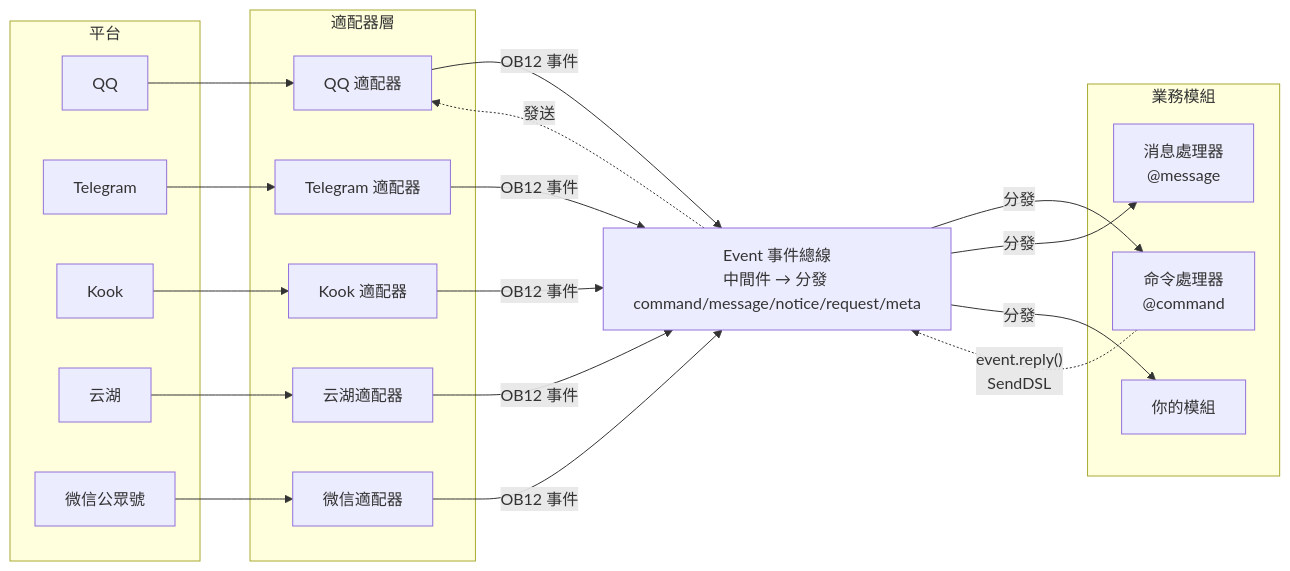
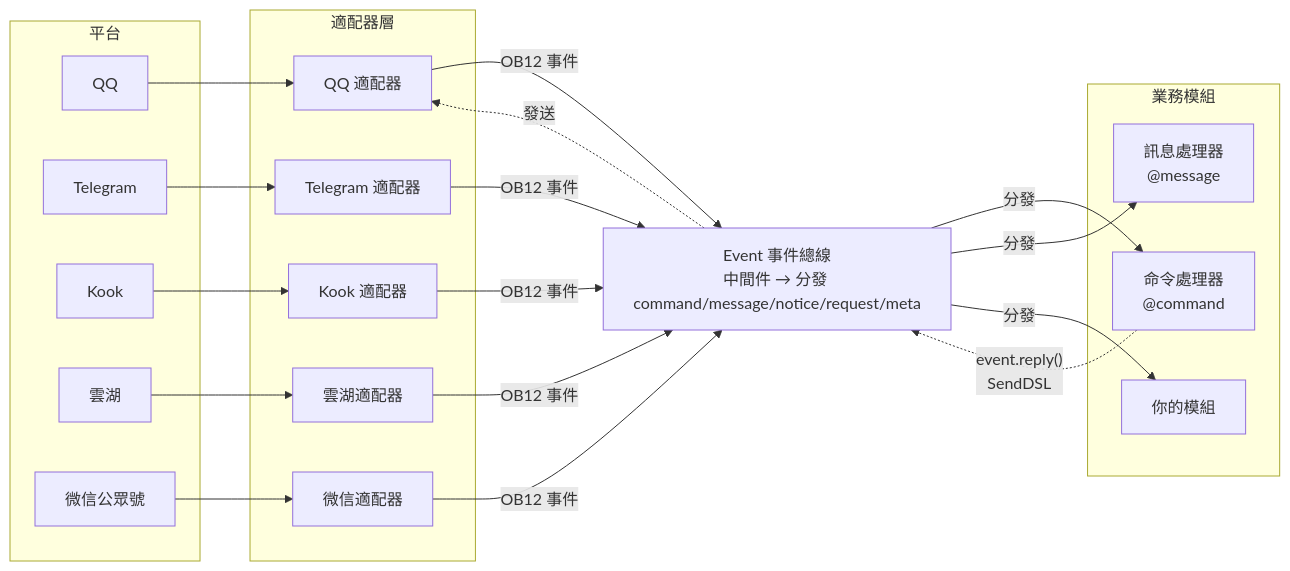
The first of 2 diagrams in README.zh-TW.md (ErisPulse/ErisPulse), drawn with Mermaid before and after one commit. The commit also changed other lines of this file and 251 other files, not shown here.

````diff
--- a/README.zh-TW.md
+++ b/README.zh-TW.md
@@ -111,45 +115,45 @@
 ```mermaid
 graph LR
     subgraph Platforms[平台]
         QQ["QQ"]
         TG["Telegram"]
         Kook["Kook"]
-        YH["云湖"]
+        YH["雲湖"]
         WX["微信公眾號"]
     end
 
     subgraph Adapters[適配器層]
         A1["QQ 適配器"]
         A2["Telegram 適配器"]
         A3["Kook 適配器"]
-        A4["云湖適配器"]
+        A4["雲湖適配器"]
         A5["微信適配器"]
     end
 
     Event["Event 事件總線<br/>中間件 → 分發 command/message/notice/request/meta"]
 
     subgraph Modules[業務模組]
         M1["命令處理器<br/>@command"]
-        M2["消息處理器<br/>@message"]
+        M2["訊息處理器<br/>@message"]
         M3["你的模組"]
     end
 
     QQ --> A1
     TG --> A2
     Kook --> A3
     YH --> A4
     WX --> A5
 
     A1 -->|"OB12 事件"| Event
     A2 -->|"OB12 事件"| Event
     A3 -->|"OB12 事件"| Event
     A4 -->|"OB12 事件"| Event
     A5 -->|"OB12 事件"| Event
 
     Event -->|"分發"| M1
     Event -->|"分發"| M2
     Event -->|"分發"| M3
 
     M1 -.->|"event.reply()<br/>SendDSL"| Event
     Event -.->|"發送"| A1
 ```
````
